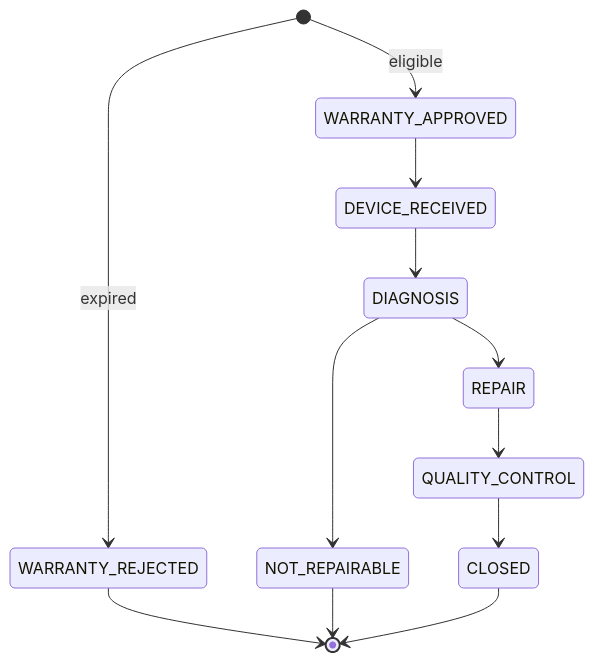
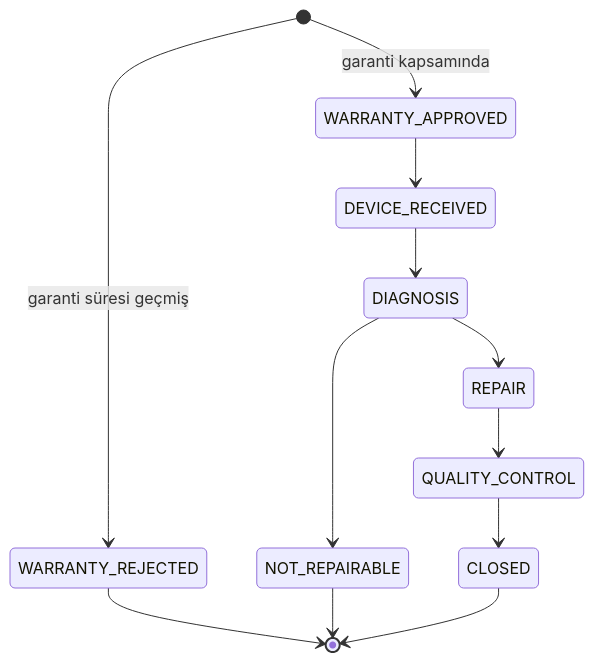
One commit to miracozmen23/servisflow changed the second of 2 diagrams in README.md. Above: the diagram before and after it, drawn with Mermaid. The commit also changed other lines of this file and 3 other files, not shown here.

````diff
--- a/README.md
+++ b/README.md
@@ -121,14 +121,14 @@
 ```mermaid
 stateDiagram-v2
-    [*] --> WARRANTY_APPROVED: eligible
-    [*] --> WARRANTY_REJECTED: expired
+    [*] --> WARRANTY_APPROVED: garanti kapsamında
+    [*] --> WARRANTY_REJECTED: garanti süresi geçmiş
     WARRANTY_APPROVED --> DEVICE_RECEIVED
     DEVICE_RECEIVED --> DIAGNOSIS
     DIAGNOSIS --> REPAIR
     DIAGNOSIS --> NOT_REPAIRABLE
     REPAIR --> QUALITY_CONTROL
     QUALITY_CONTROL --> CLOSED
     WARRANTY_REJECTED --> [*]
     NOT_REPAIRABLE --> [*]
     CLOSED --> [*]
 ```
````
